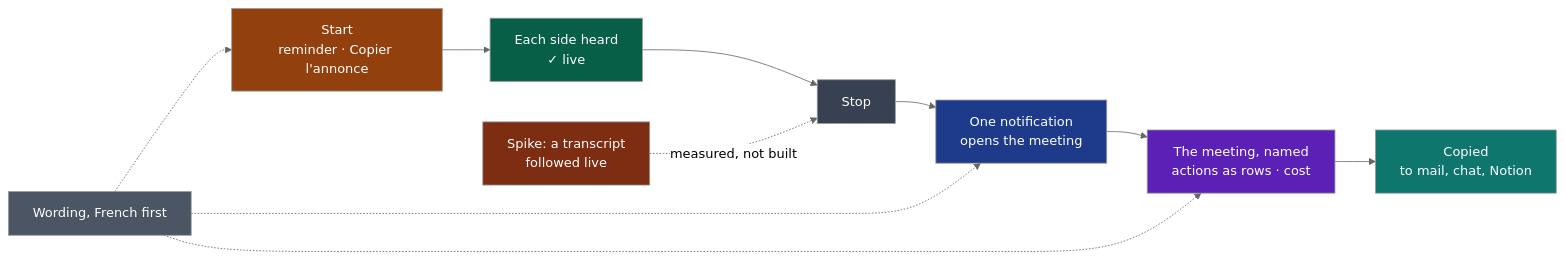
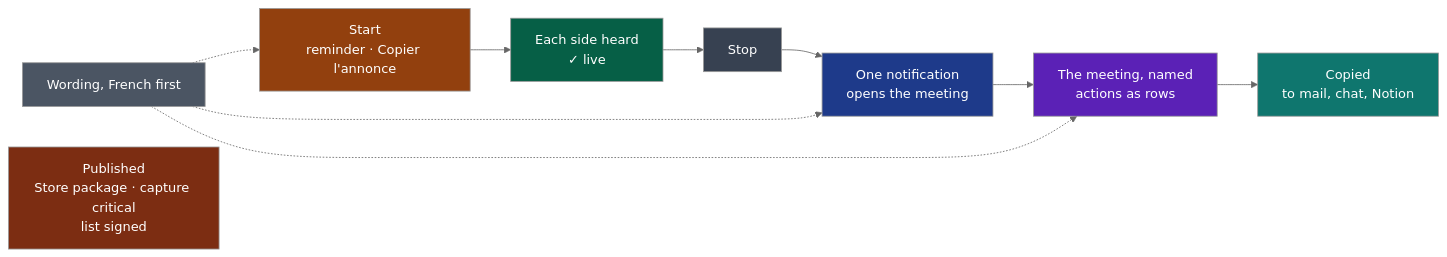
Before and after one commit to NapkinStack/wholeheard: the diagram in docs/project/cycles/05-best-of-its-kind-to-use.md, drawn with Mermaid (neutral theme). The commit also changed other lines of this file, not shown here.

First line of the commit message:
Cycle 05 proposed: ready to publish — D54 Windows' Store package, D55 capture critical, D56 the list signed; D51 and D52 to Later

````diff
--- a/docs/project/cycles/05-best-of-its-kind-to-use.md
+++ b/docs/project/cycles/05-best-of-its-kind-to-use.md
@@ -118,18 +126,18 @@
 ```mermaid
 flowchart LR
     S["Start<br/>reminder · Copier l'annonce"]:::d50 --> C["Each side heard<br/>✓ live"]:::d49
     C --> T["Stop"]:::rec
     T --> N["One notification<br/>opens the meeting"]:::d44
-    N --> M["The meeting, named<br/>actions as rows · cost"]:::d48
+    N --> M["The meeting, named<br/>actions as rows"]:::d48
     M --> P["Copied<br/>to mail, chat, Notion"]:::d45
     W["Wording, French first"]:::d47 -.-> S & N & M
-    L["Spike: a transcript<br/>followed live"]:::spike -. "measured, not built" .-> T
+    Z["Published<br/>Store package · capture critical<br/>list signed"]:::pub
     classDef d50 fill:#92400e,color:#fff
     classDef d49 fill:#065f46,color:#fff
     classDef rec fill:#374151,color:#fff
     classDef d44 fill:#1e3a8a,color:#fff
     classDef d48 fill:#5b21b6,color:#fff
     classDef d45 fill:#0f766e,color:#fff
     classDef d47 fill:#4b5563,color:#fff
-    classDef spike fill:#7c2d12,color:#fff
+    classDef pub fill:#7c2d12,color:#fff
 ```
````
